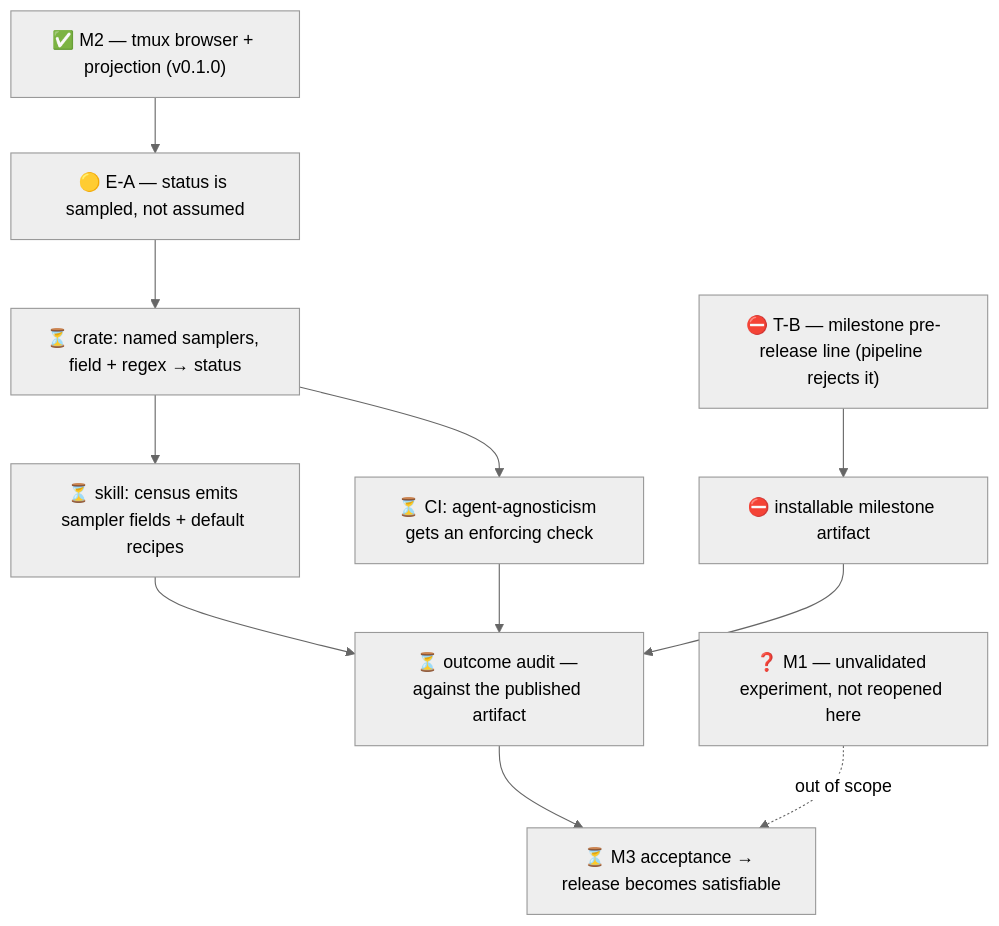
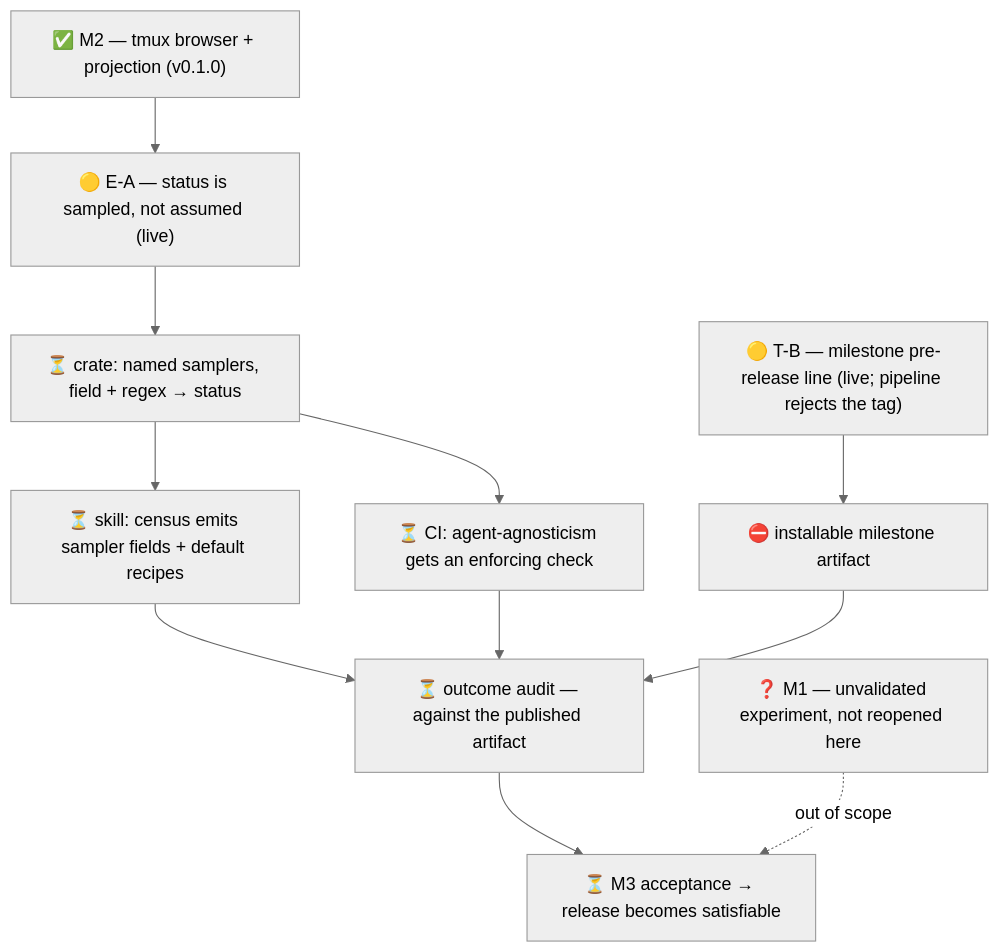
One commit to lambdasistemi/factory-tui changed the diagram in .milestones/3/state.md. Above: the diagram before and after it, drawn with Mermaid (neutral theme). The commit also changed other lines of this file and 4 other files, not shown here.

````diff
--- a/.milestones/3/state.md
+++ b/.milestones/3/state.md
@@ -11,23 +11,23 @@
 ```mermaid
 flowchart TD
   M2["✅ M2 — tmux browser + projection (v0.1.0)"]
-  EA["🟡 E-A — status is sampled, not assumed"]
+  EA["🟡 E-A — status is sampled, not assumed (live)"]
   EA1["⏳ crate: named samplers, field + regex → status"]
   EA2["⏳ skill: census emits sampler fields + default recipes"]
   EA3["⏳ CI: agent-agnosticism gets an enforcing check"]
-  TB["⛔ T-B — milestone pre-release line (pipeline rejects it)"]
+  TB["🟡 T-B — milestone pre-release line (live; pipeline rejects the tag)"]
   ART["⛔ installable milestone artifact"]
   AUD["⏳ outcome audit — against the published artifact"]
   ACC["⏳ M3 acceptance → release becomes satisfiable"]
   M1["❓ M1 — unvalidated experiment, not reopened here"]
 
   M2 --> EA
   EA --> EA1 --> EA2
   EA1 --> EA3
   TB --> ART
   EA2 --> AUD
   EA3 --> AUD
   ART --> AUD
   AUD --> ACC
   M1 -.->|out of scope| ACC
 ```
````
